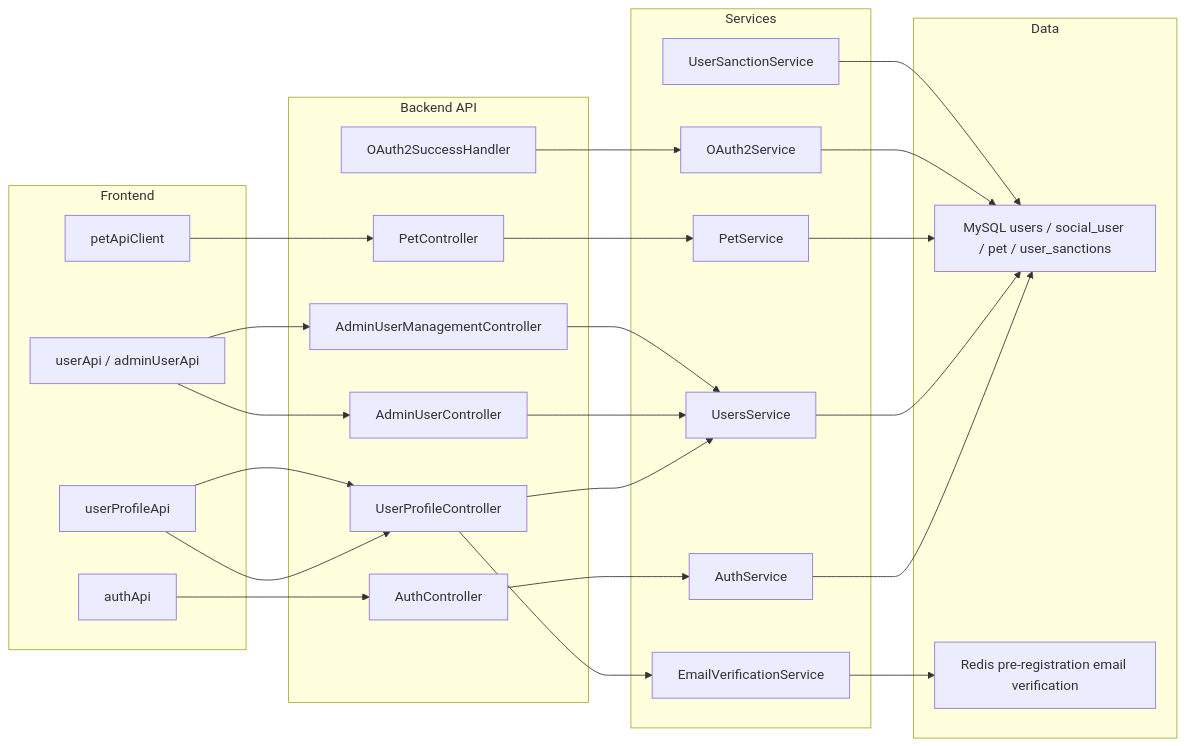
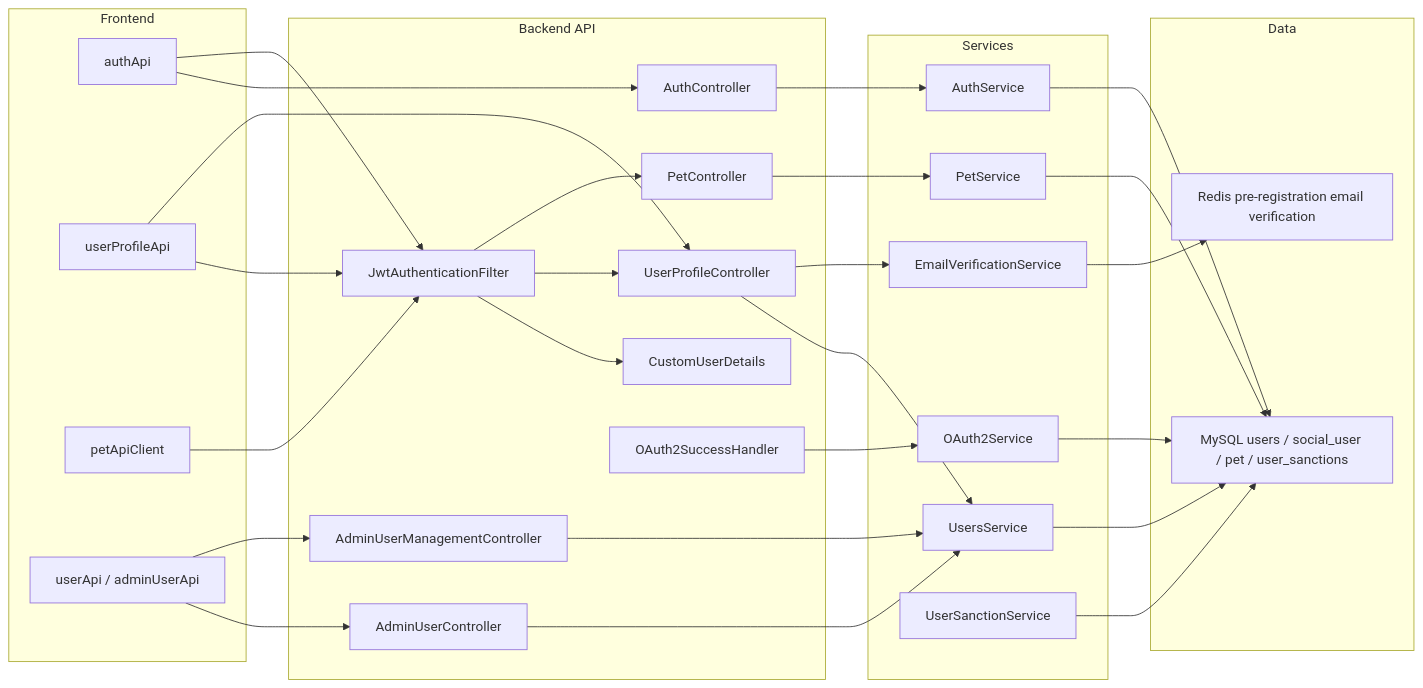
One commit to makkong1/Petory changed the first of 7 diagrams in docs/architecture/user/사용자 인증 및 프로필 아키텍처.md. Above: the diagram before and after it, drawn with Mermaid. The commit also changed other lines of this file and 11 other files, not shown here.

````diff
--- a/docs/architecture/user/사용자 인증 및 프로필 아키텍처.md
+++ b/docs/architecture/user/사용자 인증 및 프로필 아키텍처.md
@@ -18,41 +18,44 @@
 ```mermaid
 flowchart LR
   subgraph FE["Frontend"]
     AUTH["authApi"]
     USER["userProfileApi"]
     PET["petApiClient"]
     ADMIN["userApi / adminUserApi"]
   end
 
   subgraph API["Backend API"]
+    JWTF["JwtAuthenticationFilter"]
+    CUD["CustomUserDetails"]
     AC["AuthController"]
     UPC["UserProfileController"]
     PC["PetController"]
     AUC["AdminUserController"]
     MUC["AdminUserManagementController"]
     OAUTH["OAuth2SuccessHandler"]
   end
 
   subgraph SVC["Services"]
     AS["AuthService"]
     US["UsersService"]
     OS["OAuth2Service"]
     EVS["EmailVerificationService"]
     PS["PetService"]
     USS["UserSanctionService"]
   end
 
   subgraph DATA["Data"]
     DB["MySQL users / social_user / pet / user_sanctions"]
     REDIS["Redis pre-registration email verification"]
   end
 
   AUTH --> AC --> AS --> DB
-  USER --> UPC --> US --> DB
+  AUTH --> JWTF --> CUD
+  USER --> JWTF --> UPC --> US --> DB
   USER --> UPC --> EVS --> REDIS
-  PET --> PC --> PS --> DB
+  PET --> JWTF --> PC --> PS --> DB
   ADMIN --> AUC --> US
   ADMIN --> MUC --> US
   OAUTH --> OS --> DB
   USS --> DB
 ```
````
